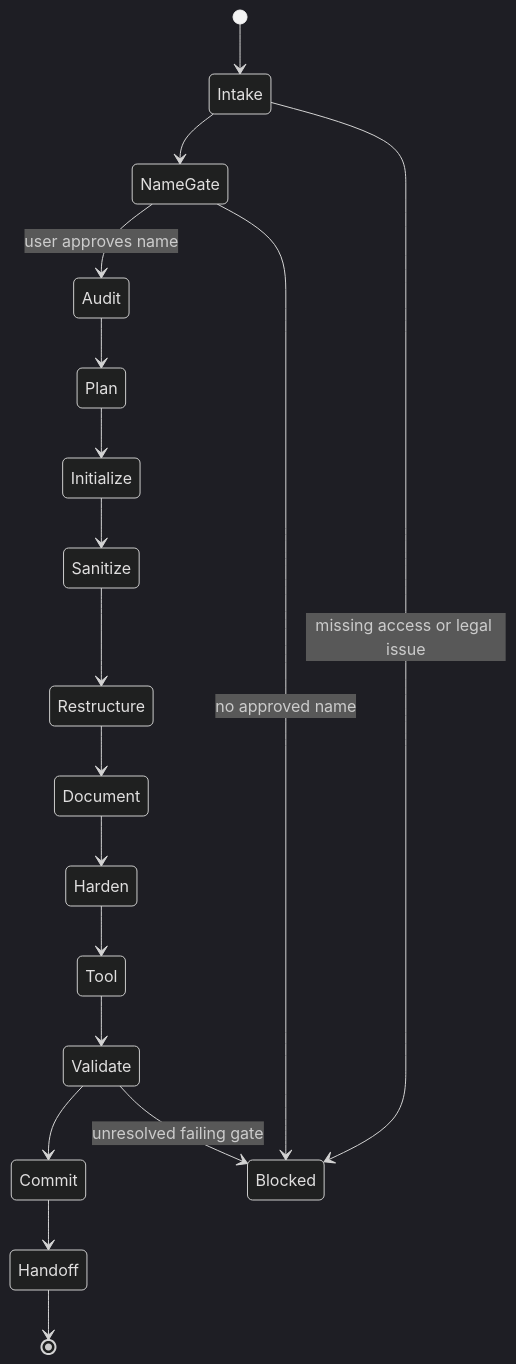
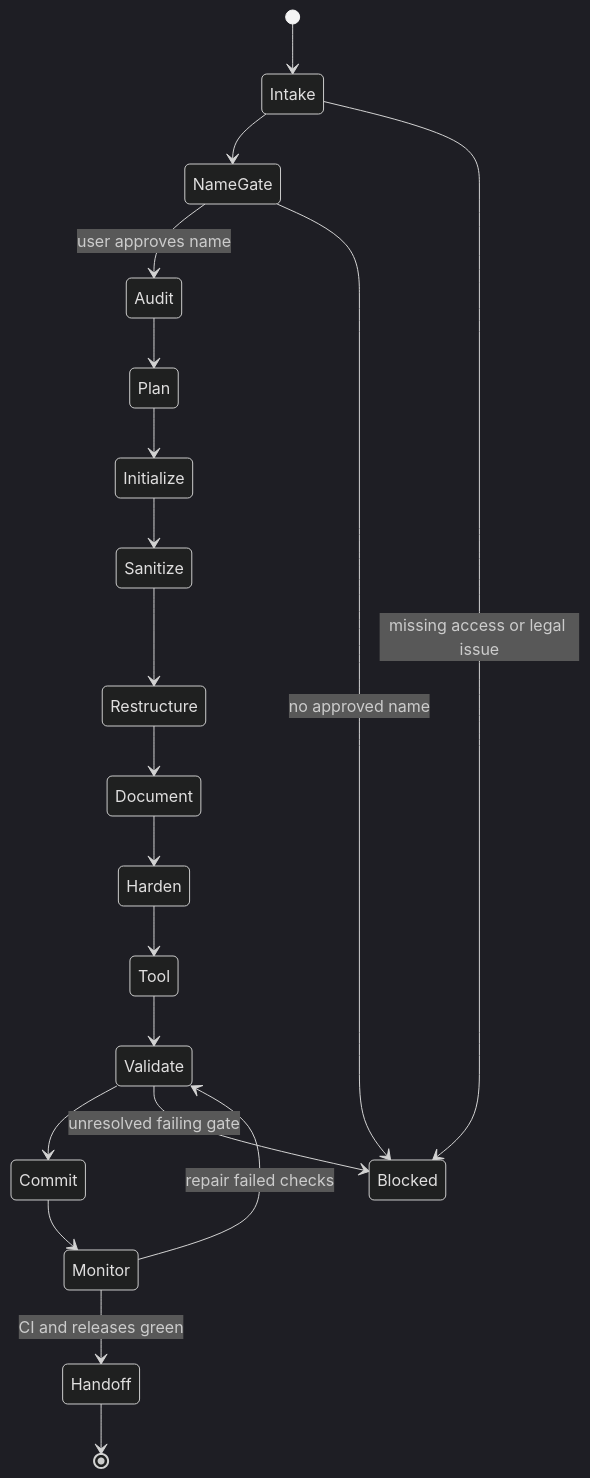
One commit to smeltery/skills changed the second of 2 diagrams in skills/engineering/port/README.md. Above: the diagram before and after it, drawn with Mermaid (dark theme). The commit also changed other lines of this file and 2 other files, not shown here.

````diff
--- a/skills/engineering/port/README.md
+++ b/skills/engineering/port/README.md
@@ -42,21 +46,23 @@
 ```mermaid
 stateDiagram-v2
   [*] --> Intake
   Intake --> NameGate
   NameGate --> Audit: user approves name
   Audit --> Plan
   Plan --> Initialize
   Initialize --> Sanitize
   Sanitize --> Restructure
   Restructure --> Document
   Document --> Harden
   Harden --> Tool
   Tool --> Validate
   Validate --> Commit
-  Commit --> Handoff
+  Commit --> Monitor
+  Monitor --> Validate: repair failed checks
+  Monitor --> Handoff: CI and releases green
   Handoff --> [*]
 
   Intake --> Blocked: missing access or legal issue
   NameGate --> Blocked: no approved name
   Validate --> Blocked: unresolved failing gate
 ```
````
